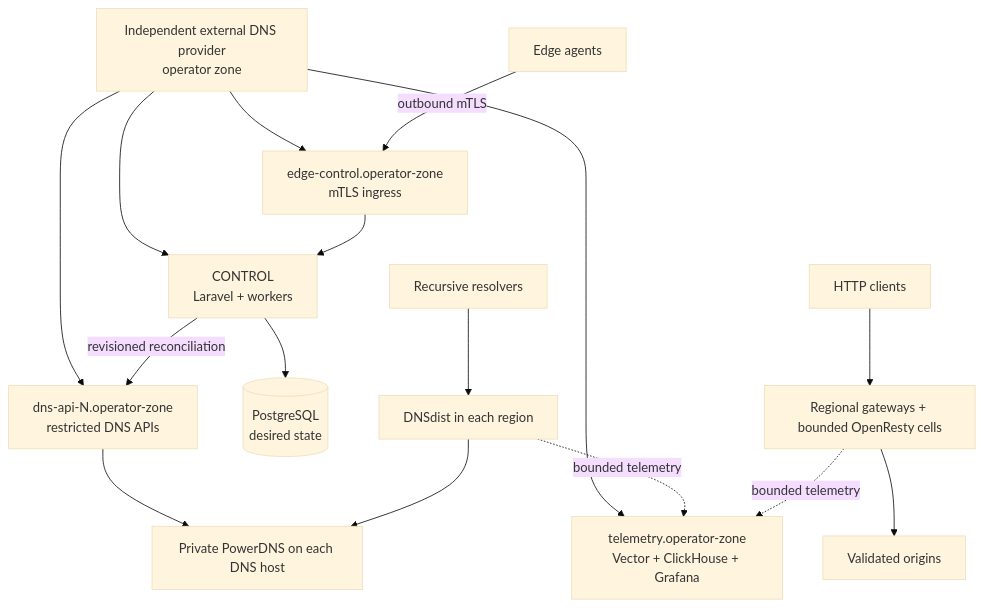
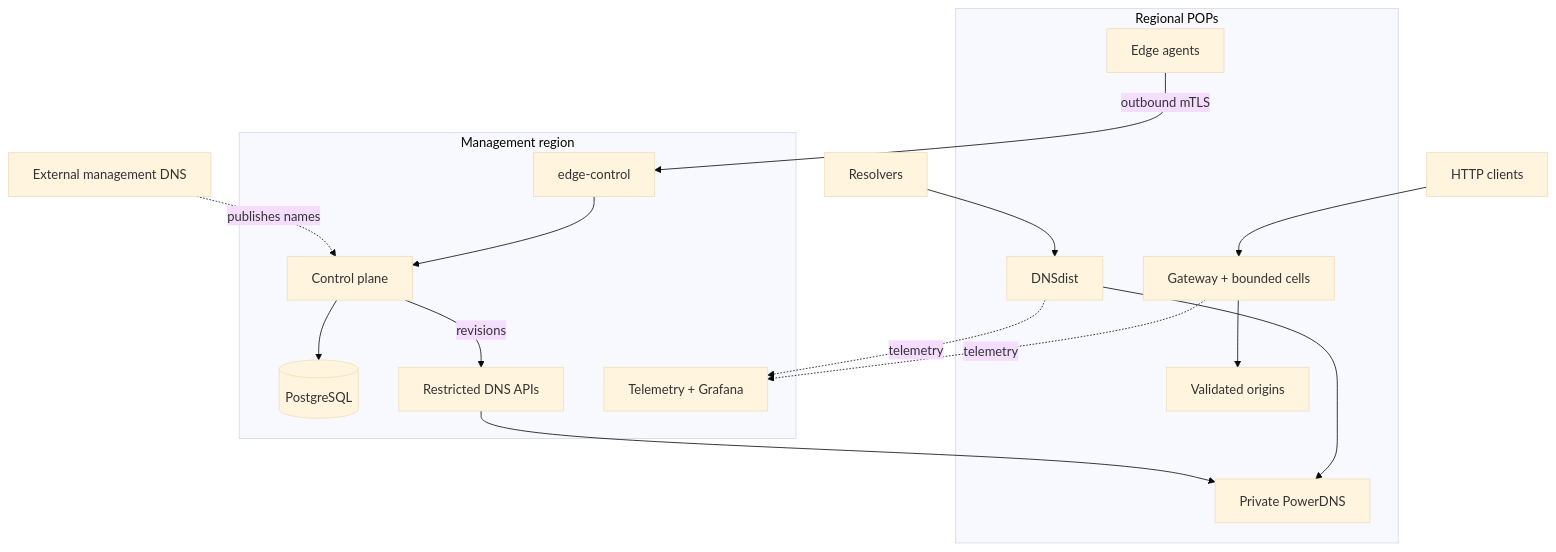
Before and after one commit to vaheed/CDNFoundry: the diagram in docs/deployment/production-quick-start-multi-region.md, drawn with Mermaid (base theme). The commit also changed 24 other files, not shown here.

````diff
--- a/docs/deployment/production-quick-start-multi-region.md
+++ b/docs/deployment/production-quick-start-multi-region.md
@@ -8,18 +8,20 @@
 ```mermaid
 flowchart TB
-  ExternalDNS["Independent external DNS provider<br/>operator zone"] --> CONTROL["CONTROL<br/>Laravel + workers"]
-  ExternalDNS --> EDGEAPI["edge-control.operator-zone<br/>mTLS ingress"]
-  ExternalDNS --> DNSAPIS["dns-api-N.operator-zone<br/>restricted DNS APIs"]
-  ExternalDNS --> TELEMETRY["telemetry.operator-zone<br/>Vector + ClickHouse + Grafana"]
-  CONTROL --> PG[("PostgreSQL<br/>desired state")]
-  CONTROL -->|"revisioned reconciliation"| DNSAPIS
-  DNSAPIS --> PDNS["Private PowerDNS on each DNS host"]
-  Resolvers["Recursive resolvers"] --> DNSDIST["DNSdist in each region"]
-  DNSDIST --> PDNS
-  Clients["HTTP clients"] --> GATEWAYS["Regional gateways + bounded OpenResty cells"]
-  GATEWAYS --> Origins["Validated origins"]
-  Agents["Edge agents"] -->|"outbound mTLS"| EDGEAPI
-  EDGEAPI --> CONTROL
-  DNSDIST -. "bounded telemetry" .-> TELEMETRY
-  GATEWAYS -. "bounded telemetry" .-> TELEMETRY
+  ExternalDNS["External management DNS"] -. "publishes names" .-> CONTROL
+  subgraph Management["Management region"]
+    CONTROL["Control plane"] --> PG[("PostgreSQL")]
+    EDGEAPI["edge-control"] --> CONTROL
+    CONTROL -->|"revisions"| DNSAPIS["Restricted DNS APIs"]
+    TELEMETRY["Telemetry + Grafana"]
+  end
+  subgraph Regions["Regional POPs"]
+    Agents["Edge agents"] -->|"outbound mTLS"| EDGEAPI
+    DNSAPIS --> PDNS["Private PowerDNS"]
+    DNSDIST["DNSdist"] --> PDNS
+    GATEWAYS["Gateway + bounded cells"] --> Origins["Validated origins"]
+  end
+  Resolvers["Resolvers"] --> DNSDIST
+  Clients["HTTP clients"] --> GATEWAYS
+  DNSDIST -. "telemetry" .-> TELEMETRY
+  GATEWAYS -. "telemetry" .-> TELEMETRY
 ```
````
